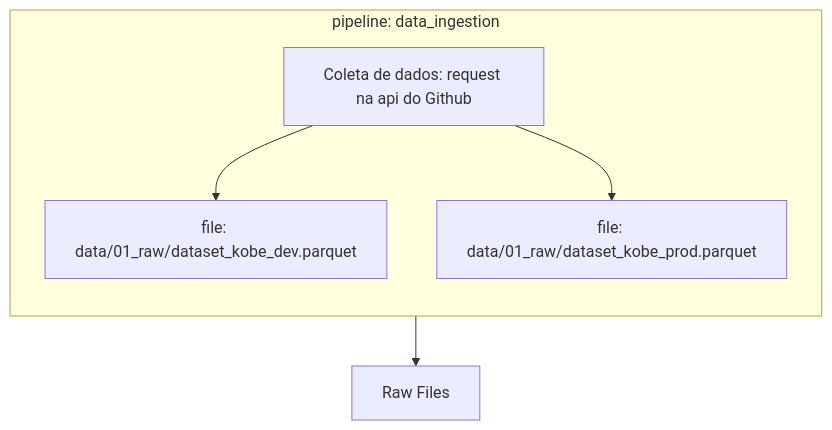
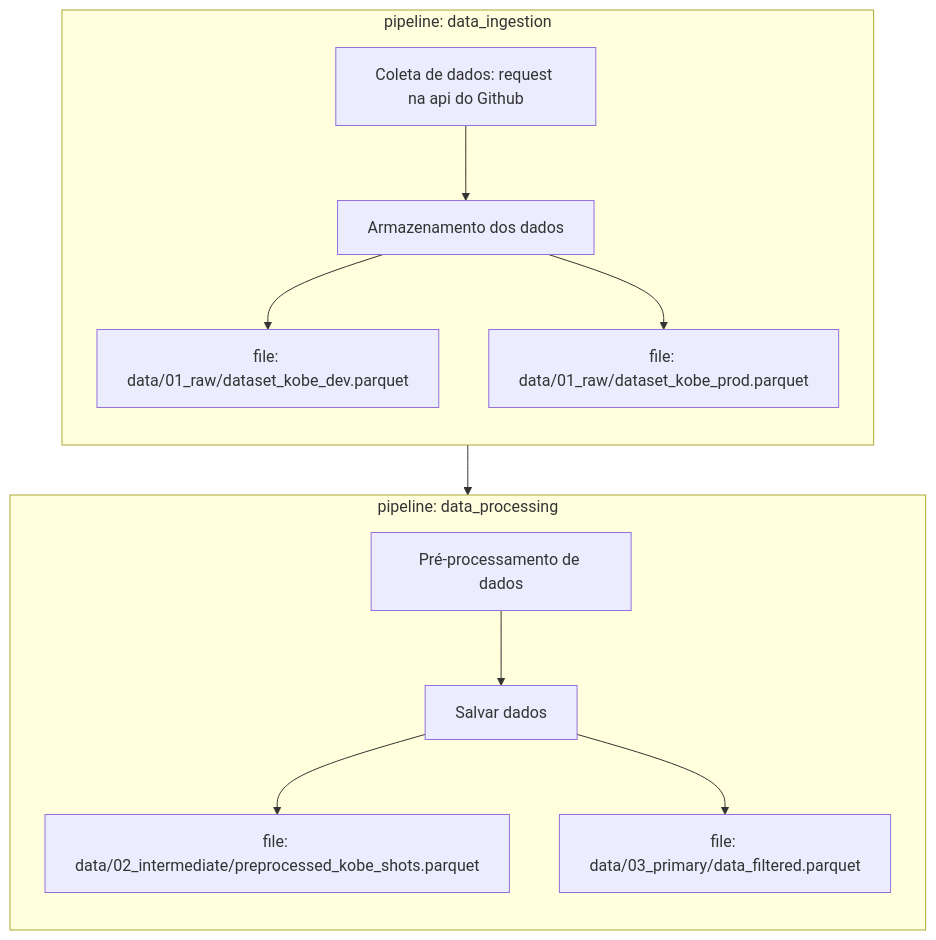
One commit to thealexandrelara/project-infnet-engenharia-de-machine-learning changed the diagram in README.md. Above: the diagram before and after it, drawn with Mermaid. The commit also changed 8 other files, not shown here.

First line of the commit message:
feat: Enhance data science pipeline with new nodes and configuration

````diff
--- a/README.md
+++ b/README.md
@@ -3,9 +3,17 @@
 ```mermaid
 flowchart
     subgraph data_ingestion[pipeline: data_ingestion]
         direction TB
-        coletaDeDados[Coleta de dados: request na api do Github] --> raw_kobe_shots_dev_dataset[file: data/01_raw/dataset_kobe_dev.parquet]
-        coletaDeDados --> raw_kobe_shots_prod_dataset[file: data/01_raw/dataset_kobe_prod.parquet]
+        get_data[Coleta de dados: request na api do Github] -->
+        save_data[Armazenamento dos dados]
+        save_data --> raw_kobe_shots_dev_dataset[file: data/01_raw/dataset_kobe_dev.parquet]
+        save_data --> raw_kobe_shots_prod_dataset[file: data/01_raw/dataset_kobe_prod.parquet]
     end
-    data_ingestion[Coleta de dados] --> raw_files[Raw Files]
+    subgraph data_processing[pipeline: data_processing]
+        direction TB
+        preprocess_kobe_shots[Pré-processamento de dados] --> save_preprocessed_data[Salvar dados]
+        save_preprocessed_data --> intermediate_preprocessed_kobe_shots[file: data/02_intermediate/preprocessed_kobe_shots.parquet]
+        save_preprocessed_data --> primary_data_filtered[file: data/03_primary/data_filtered.parquet]
+    end
+    raw_kobe_shots_dev_dataset --> data_processing[Raw Files]
 ```
````
